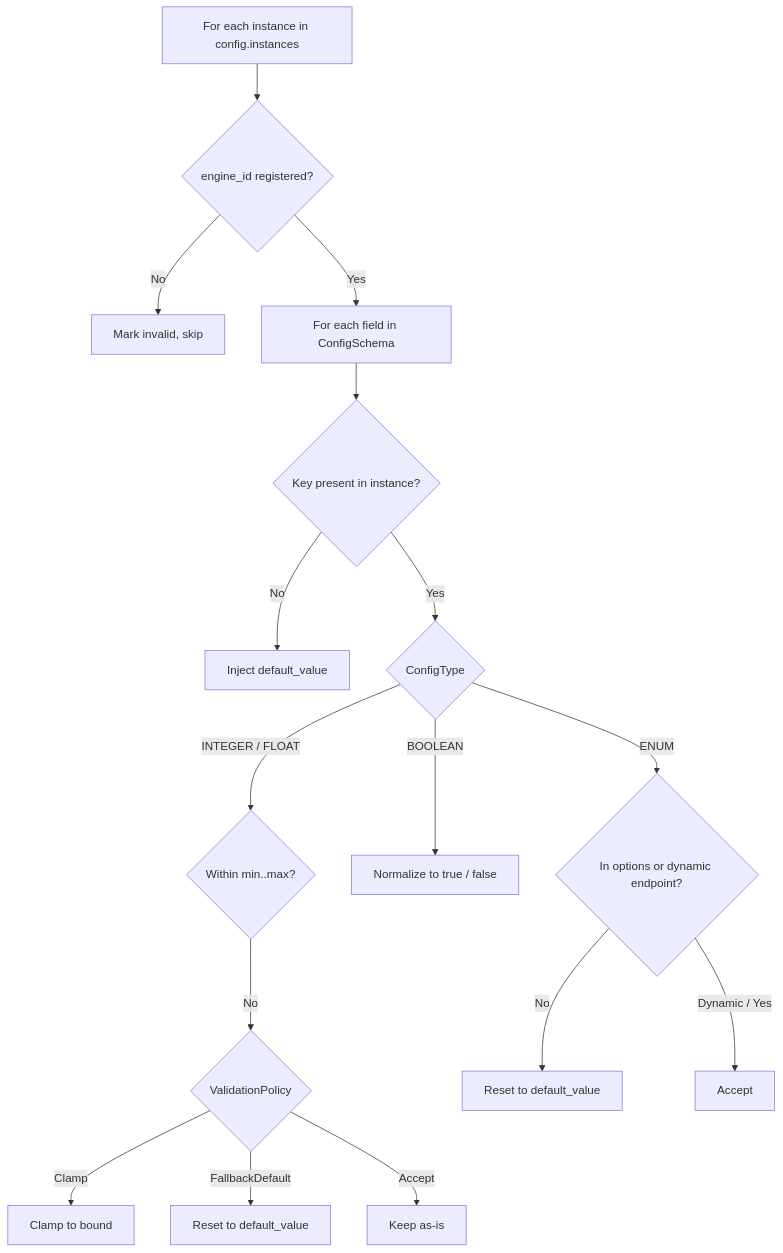
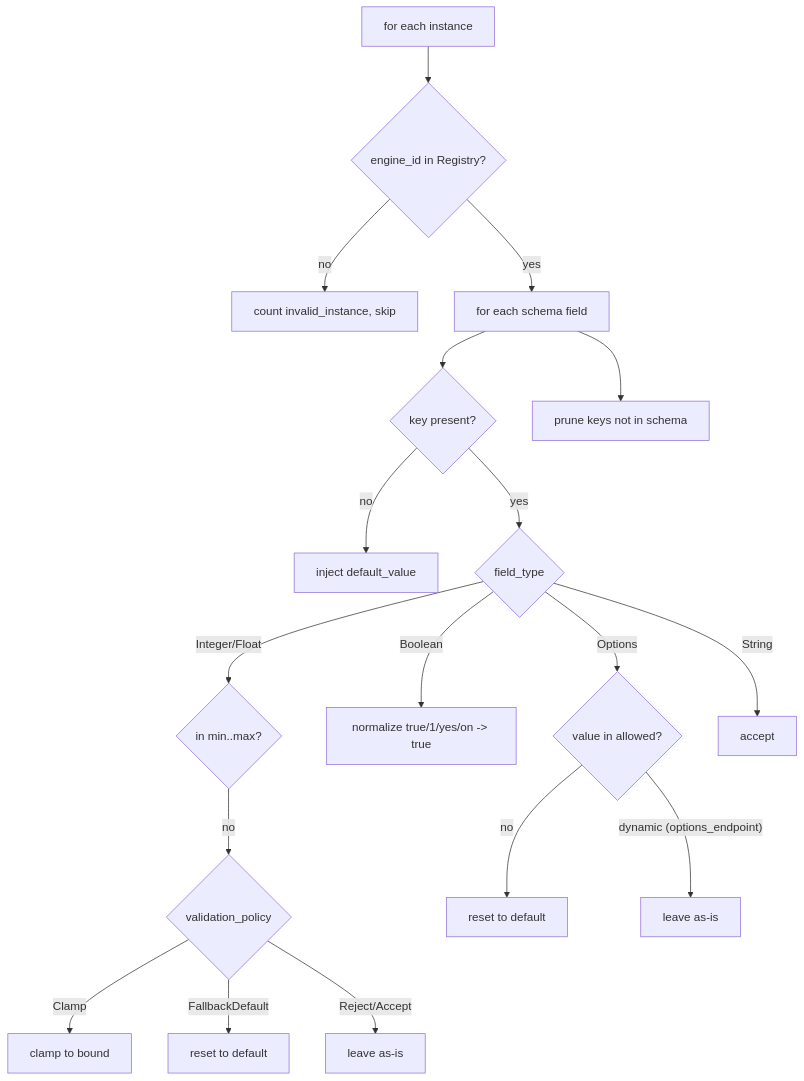
Before and after one commit to red77290/ArcadeMatrix: the seventh of 15 diagrams in docs/ARCHITECTURE.md, drawn with Mermaid. The commit also changed other lines of this file and 16 other files, not shown here.

````diff
--- a/docs/ARCHITECTURE.md
+++ b/docs/ARCHITECTURE.md
@@ -331,18 +366,20 @@
 ```mermaid
 flowchart TD
-    START["For each instance in config.instances"] --> REG{engine_id registered?}
-    REG -->|"No"| SKIP["Mark invalid, skip"]
-    REG -->|"Yes"| FIELDS["For each field in ConfigSchema"]
-    FIELDS --> PRESENT{Key present in instance?}
-    PRESENT -->|"No"| INJECT["Inject default_value"]
-    PRESENT -->|"Yes"| TYPE{ConfigType}
-    TYPE -->|"INTEGER / FLOAT"| BOUNDS{Within min..max?}
-    BOUNDS -->|"No"| POLICY{ValidationPolicy}
-    POLICY -->|"Clamp"| CLAMP["Clamp to bound"]
-    POLICY -->|"FallbackDefault"| FB1["Reset to default_value"]
-    POLICY -->|"Accept"| KEEP1["Keep as-is"]
-    TYPE -->|"BOOLEAN"| NORM["Normalize to true / false"]
-    TYPE -->|"ENUM"| OPT{In options or dynamic endpoint?}
-    OPT -->|"No"| FB2["Reset to default_value"]
-    OPT -->|"Dynamic / Yes"| KEEP2["Accept"]
+    START["for each instance"] --> SCHEMA{engine_id in Registry?}
+    SCHEMA -->|"no"| INVALID["count invalid_instance, skip"]
+    SCHEMA -->|"yes"| FIELD["for each schema field"]
+    FIELD --> PRESENT{key present?}
+    PRESENT -->|"no"| INJECT["inject default_value"]
+    PRESENT -->|"yes"| TYPE{field_type}
+    TYPE -->|"Integer/Float"| RANGE{in min..max?}
+    RANGE -->|"no"| POLICY{validation_policy}
+    POLICY -->|"Clamp"| CLAMP["clamp to bound"]
+    POLICY -->|"FallbackDefault"| FB1["reset to default"]
+    POLICY -->|"Reject/Accept"| KEEP1["leave as-is"]
+    TYPE -->|"Boolean"| NORM["normalize true/1/yes/on -> true"]
+    TYPE -->|"Options"| OPT{value in allowed?}
+    OPT -->|"no"| FB2["reset to default"]
+    OPT -->|"dynamic (options_endpoint)"| KEEP2["leave as-is"]
+    TYPE -->|"String"| KEEP3["accept"]
+    FIELD --> PRUNE["prune keys not in schema"]
 ```
````
